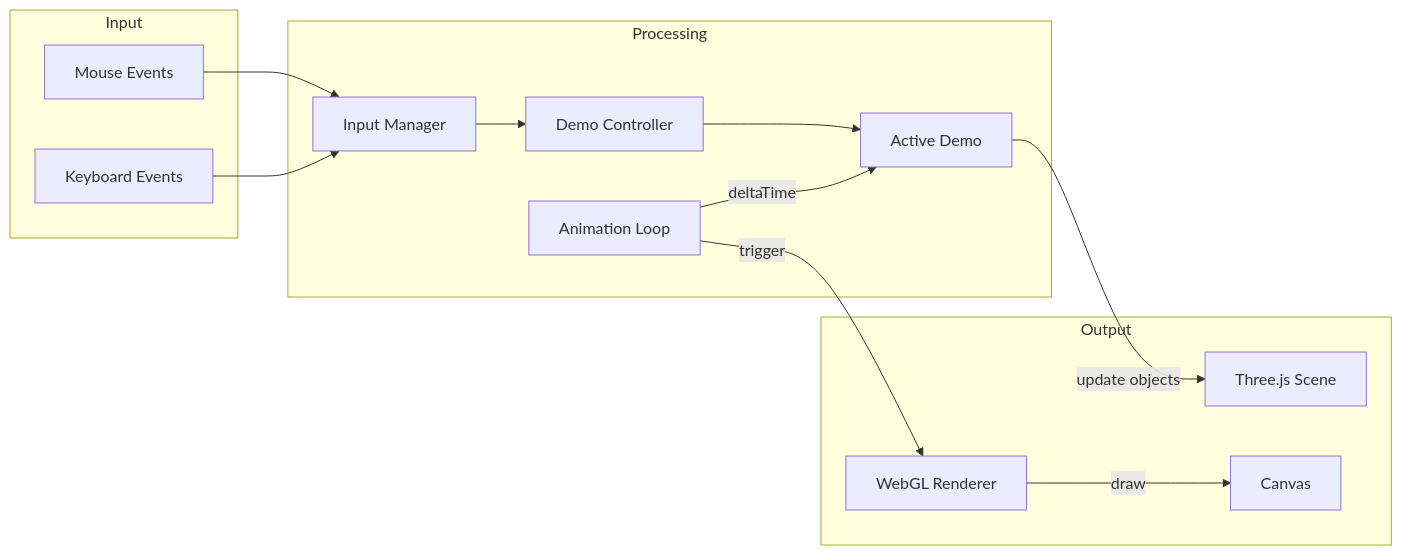
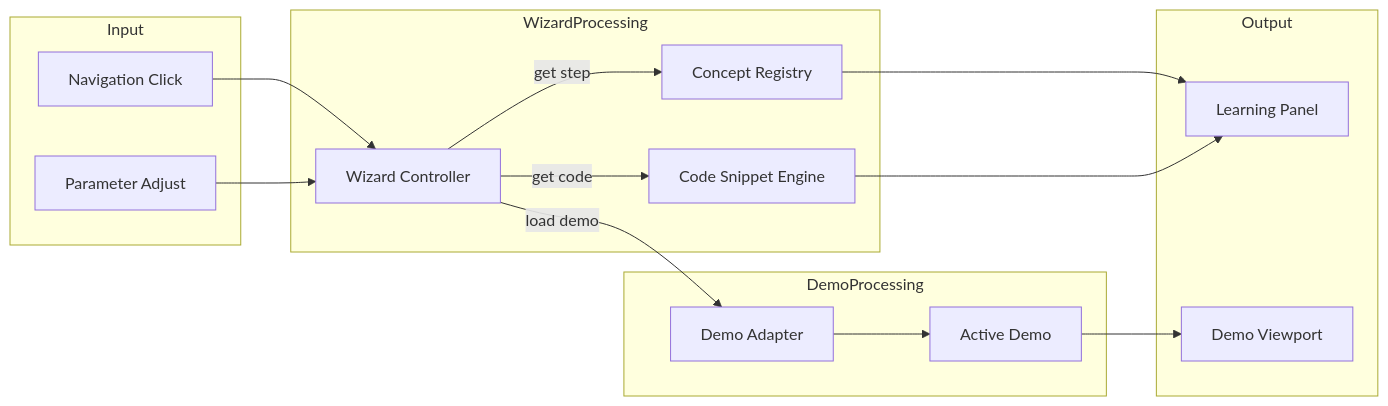
Before and after one commit to Jobaben/BmadWorkflow: the third of 3 diagrams in bmad/02-architecture/ARCHITECTURE.md, drawn with Mermaid. The commit also changed other lines of this file and 1 other file, not shown here.

First line of the commit message:
docs: Update Architecture v2.0 for Wizard Learning Experience

````diff
--- a/bmad/02-architecture/ARCHITECTURE.md
+++ b/bmad/02-architecture/ARCHITECTURE.md
@@ -635,29 +493,33 @@
 ```mermaid
 flowchart LR
     subgraph Input
-        Mouse[Mouse Events]
-        Keys[Keyboard Events]
+        Nav[Navigation Click]
+        Param[Parameter Adjust]
     end
 
-    subgraph Processing
-        IM[Input Manager]
-        DC[Demo Controller]
+    subgraph WizardProcessing
+        WC[Wizard Controller]
+        CR[Concept Registry]
+        CSE[Code Snippet Engine]
+    end
+
+    subgraph DemoProcessing
+        DA[Demo Adapter]
         Demo[Active Demo]
-        AL[Animation Loop]
     end
 
     subgraph Output
-        Scene[Three.js Scene]
-        Renderer[WebGL Renderer]
-        Canvas[Canvas]
+        LP[Learning Panel]
+        DV[Demo Viewport]
     end
 
-    Mouse --> IM
-    Keys --> IM
-    IM --> DC
-    DC --> Demo
-    AL -->|deltaTime| Demo
-    Demo -->|update objects| Scene
-    AL -->|trigger| Renderer
-    Renderer -->|draw| Canvas
+    Nav --> WC
+    Param --> WC
+    WC -->|get step| CR
+    WC -->|get code| CSE
+    WC -->|load demo| DA
+    DA --> Demo
+    CR --> LP
+    CSE --> LP
+    Demo --> DV
 ```
````
